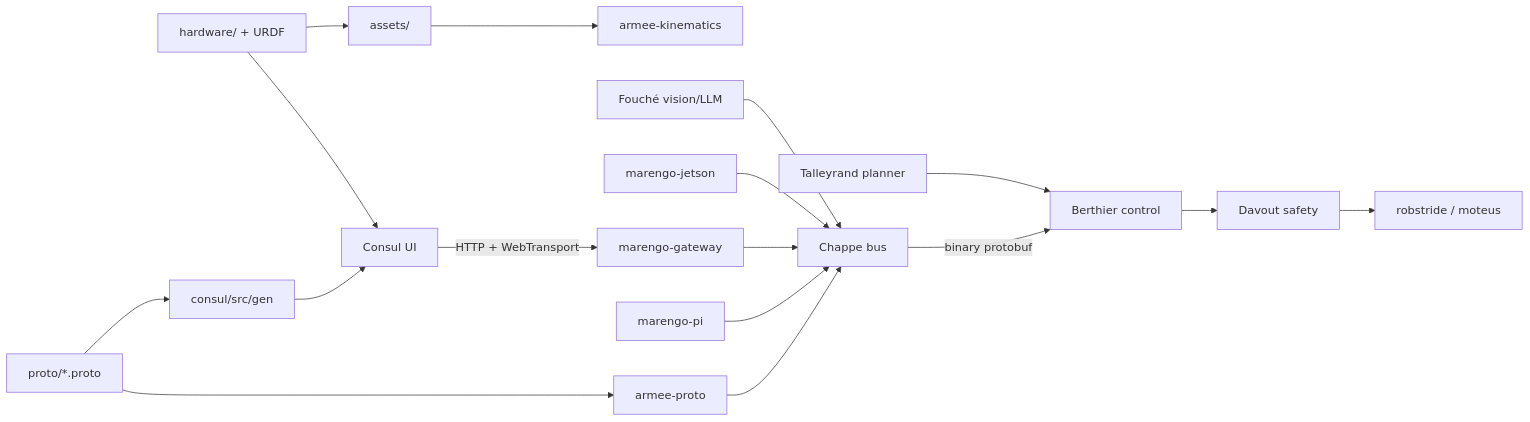
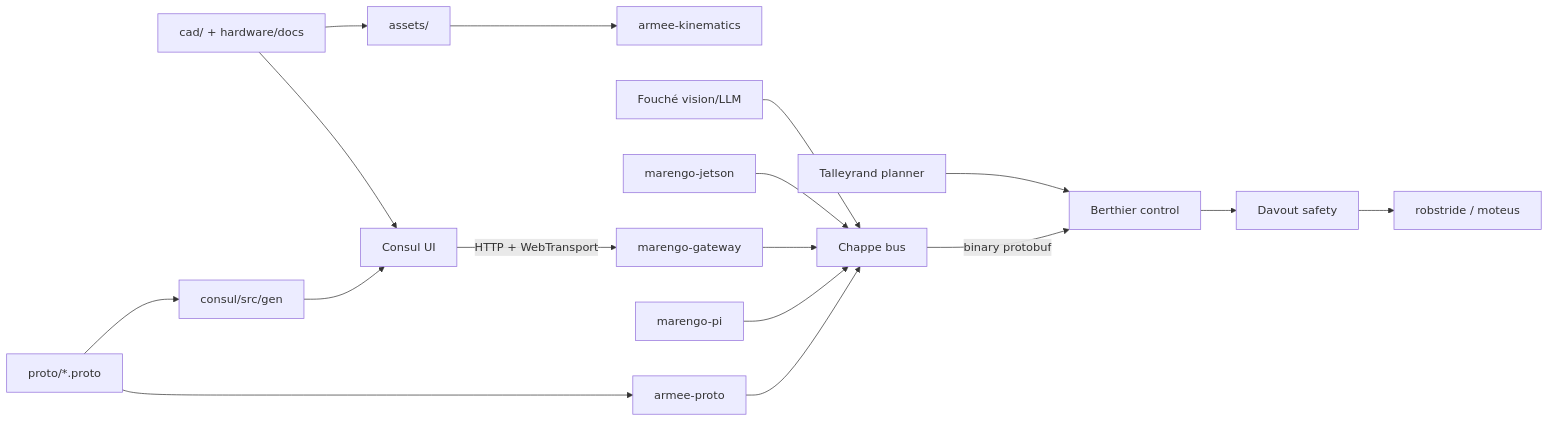
One commit to jaylamping/marengo changed the diagram in docs/architecture.md. Above: the diagram before and after it, drawn with Mermaid. The commit also changed 71 other files, not shown here.

````diff
--- a/docs/architecture.md
+++ b/docs/architecture.md
@@ -9,19 +9,19 @@
 ```mermaid
 flowchart LR
-  HW[hardware/ + URDF] --> Assets[assets/]
+  HW[cad/ + hardware/docs] --> Assets[assets/]
   Assets --> KIN[armee-kinematics]
   Proto[proto/*.proto] --> AP[armee-proto]
   Proto --> ConsulGen[consul/src/gen]
   AP --> Chappe[Chappe bus]
   ConsulGen --> Consul[Consul UI]
   HW --> Consul
   Pi[marengo-pi] --> Chappe
   Gateway[marengo-gateway] --> Chappe
   Consul[Consul UI] -->|HTTP + WebTransport| Gateway
   Jetson[marengo-jetson] --> Chappe
   Chappe -->|"binary protobuf"| Berthier[Berthier control]
   Berthier --> Davout[Davout safety]
   Talleyrand[Talleyrand planner] --> Berthier
   Fouché[Fouché vision/LLM] --> Chappe
   Davout --> Motors[robstride / moteus]
 ```
````
